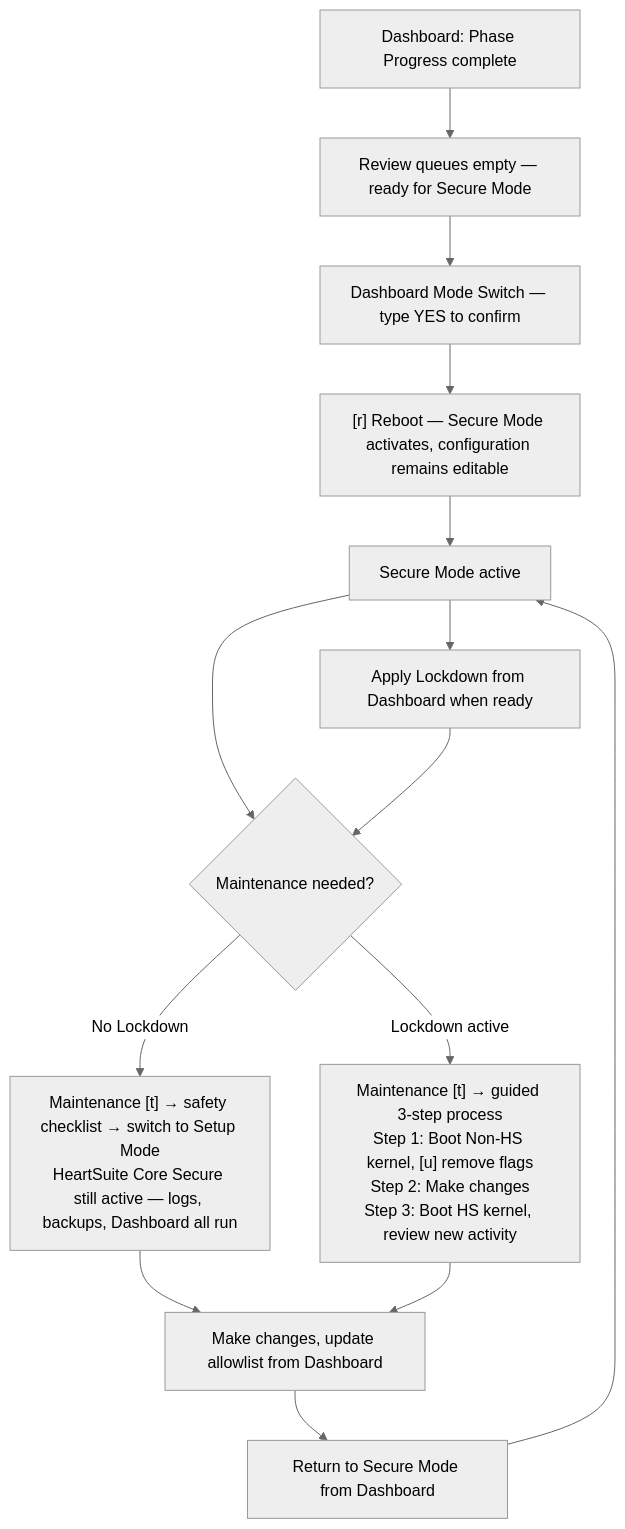
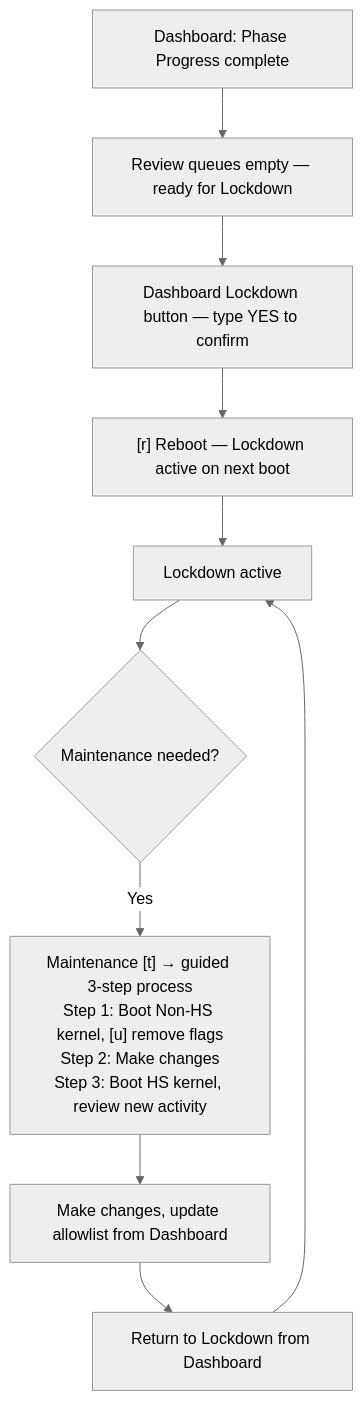
One commit to HeartSecuritySuite/heartsuite-docs changed the diagram in content/en/docs/mode-switching/index.md. Above: the diagram before and after it, drawn with Mermaid (neutral theme). The commit also changed other lines of this file and 20 other files, not shown here.

First line of the commit message:
docs: rename Secure Mode → Lockdown throughout user-facing docs (DD-060)

````diff
--- a/content/en/docs/mode-switching/index.md
+++ b/content/en/docs/mode-switching/index.md
@@ -56,16 +56,12 @@
 ```mermaid
 graph TD
-    A["Dashboard: Phase Progress complete"] --> B["Review queues empty — ready for Secure Mode"];
-    B --> C["Dashboard Mode Switch — type YES to confirm"];
-    C --> D["[r] Reboot — Secure Mode activates, configuration remains editable"];
-    D --> E["Secure Mode active"];
-    E --> F["Apply Lockdown from Dashboard when ready"];
+    A["Dashboard: Phase Progress complete"] --> B["Review queues empty — ready for Lockdown"];
+    B --> C["Dashboard Lockdown button — type YES to confirm"];
+    C --> D["[r] Reboot — Lockdown active on next boot"];
+    D --> E["Lockdown active"];
     E --> G{Maintenance needed?};
-    F --> G;
-    G --> |"No Lockdown"| H["Maintenance [t] → safety checklist → switch to Setup Mode\nHeartSuite Core Secure still active — logs, backups, Dashboard all run"];
-    G --> |"Lockdown active"| I["Maintenance [t] → guided 3-step process\nStep 1: Boot Non-HS kernel, [u] remove flags\nStep 2: Make changes\nStep 3: Boot HS kernel, review new activity"];
-    H --> J["Make changes, update allowlist from Dashboard"];
-    I --> J;
-    J --> N["Return to Secure Mode from Dashboard"];
+    G --> |"Yes"| I["Maintenance [t] → guided 3-step process\nStep 1: Boot Non-HS kernel, [u] remove flags\nStep 2: Make changes\nStep 3: Boot HS kernel, review new activity"];
+    I --> J["Make changes, update allowlist from Dashboard"];
+    J --> N["Return to Lockdown from Dashboard"];
     N --> E;
 ```
````
